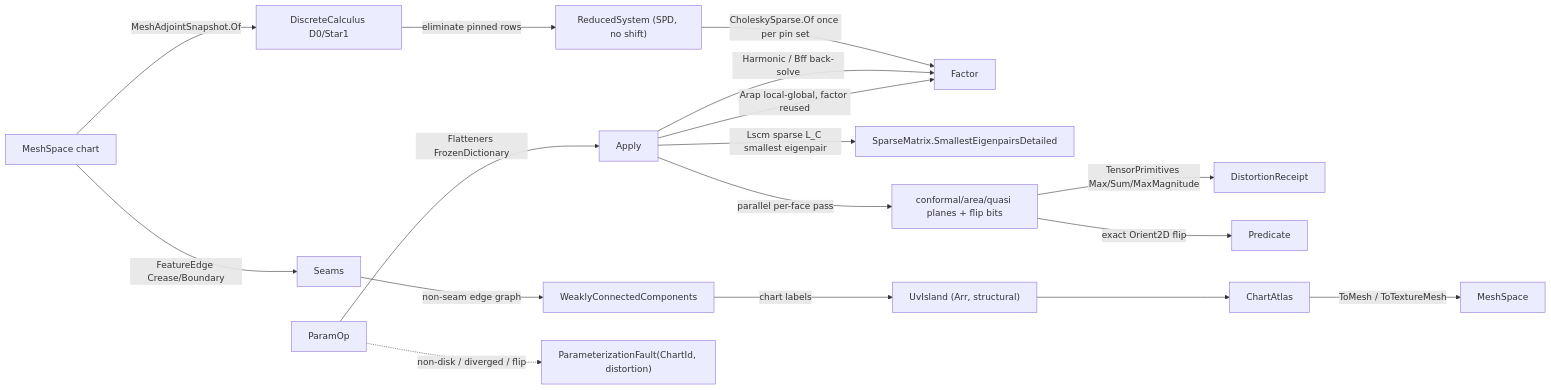
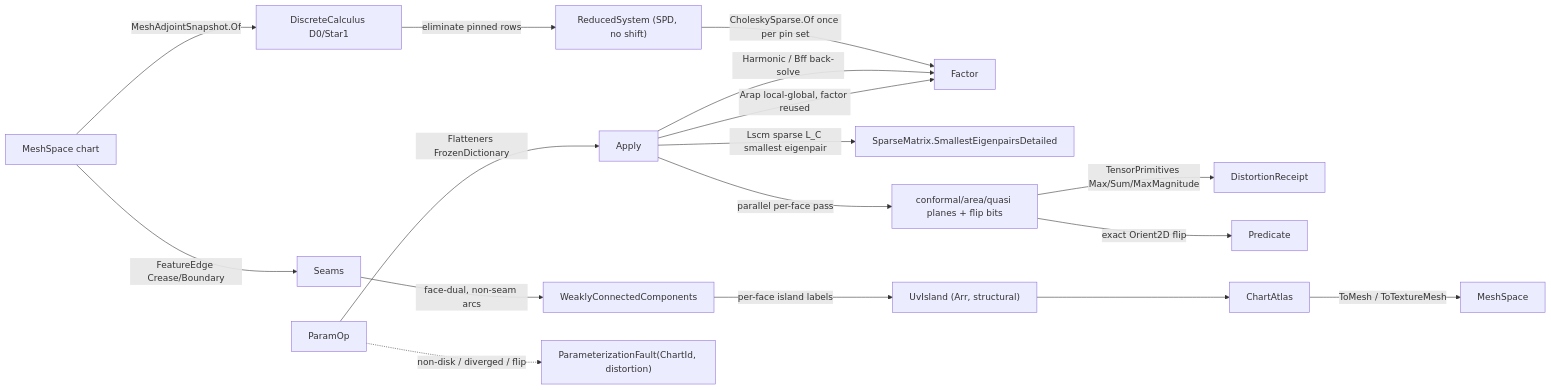
The diagram in libs/csharp/Rasm/.planning/Processing/flatten.md (bsamiee/Rasm), drawn with Mermaid before and after one commit. The commit also changed other lines of this file and 27 other files, not shown here.

````diff
--- a/libs/csharp/Rasm/.planning/Processing/flatten.md
+++ b/libs/csharp/Rasm/.planning/Processing/flatten.md
@@ -628,19 +661,19 @@
 ```mermaid
 flowchart LR
     Chart["MeshSpace chart"] -->|MeshAdjointSnapshot.Of| DEC["DiscreteCalculus D0/Star1"]
     DEC -->|eliminate pinned rows| Reduced["ReducedSystem (SPD, no shift)"]
     Reduced -->|CholeskySparse.Of once per pin set| Factor
     Chart -->|FeatureEdge Crease/Boundary| Seams
     ParamOp -->|Flatteners FrozenDictionary| Apply
     Apply -->|Harmonic / Bff back-solve| Factor
     Apply -->|Lscm sparse L_C smallest eigenpair| Lobpcg["SparseMatrix.SmallestEigenpairsDetailed"]
     Apply -->|Arap local-global, factor reused| Factor
     Apply -->|parallel per-face pass| Distortion["conformal/area/quasi planes + flip bits"]
     Distortion -->|TensorPrimitives Max/Sum/MaxMagnitude| Receipt["DistortionReceipt"]
     Distortion -->|exact Orient2D flip| Predicate
-    Seams -->|non-seam edge graph| QuikGraph["WeaklyConnectedComponents"]
-    QuikGraph -->|chart labels| Islands["UvIsland (Arr, structural)"]
+    Seams -->|face-dual, non-seam arcs| QuikGraph["WeaklyConnectedComponents"]
+    QuikGraph -->|per-face island labels| Islands["UvIsland (Arr, structural)"]
     Islands --> ChartAtlas
     ChartAtlas -->|ToMesh / ToTextureMesh| MeshSpaceOut["MeshSpace"]
     ParamOp -.->|non-disk / diverged / flip| GeometryFault["ParameterizationFault(ChartId, distortion)"]
 ```
````
